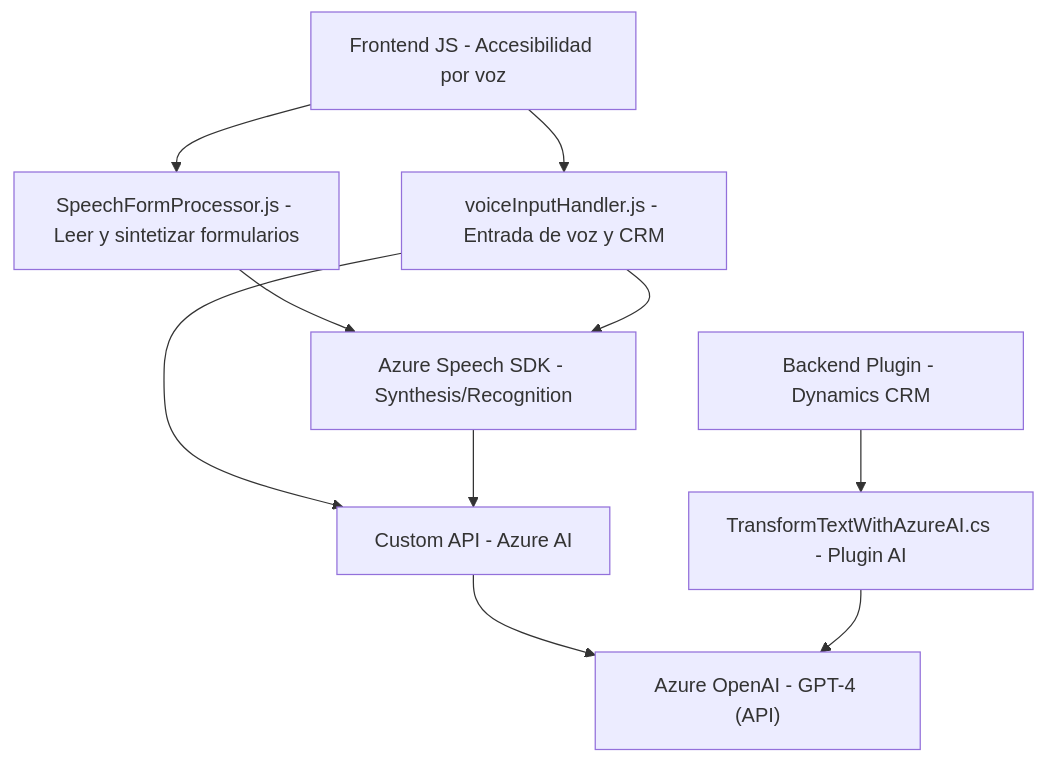
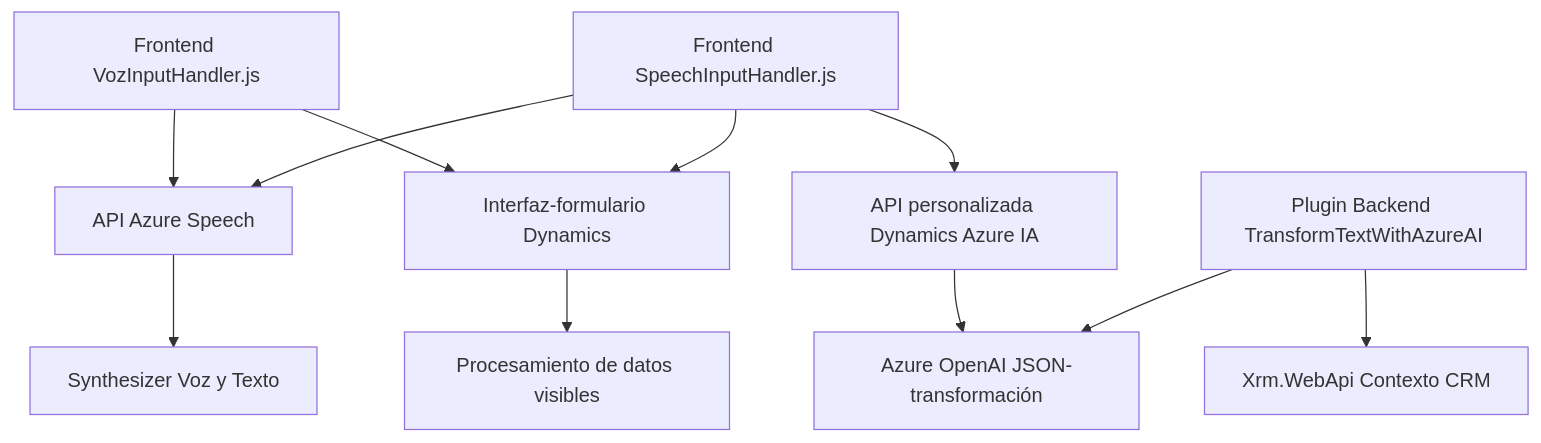
Before and after one commit to blopezdm/NETCORE_BILBAO2025: the diagram in README.md, drawn with Mermaid. The commit also changed other lines of this file, not shown here.

````diff
--- a/README.md
+++ b/README.md
@@ -39,18 +49,15 @@
 ```mermaid
 graph TD
-    A["Frontend JS - Accesibilidad por voz"]
-    A1["SpeechFormProcessor.js - Leer y sintetizar formularios"]
-    A2["voiceInputHandler.js - Entrada de voz y CRM"]
-    B["Azure Speech SDK - Synthesis/Recognition"]
-    C["Custom API - Azure AI"]
-    D["Backend Plugin - Dynamics CRM"]
-    D1["TransformTextWithAzureAI.cs - Plugin AI"]
-    E["Azure OpenAI - GPT-4 (API)"]
-    
-    A --> A1 --> B
-    A --> A2 --> B
-    A2 --> C
-    B --> C
-    C --> E
-    D --> D1 --> E
+  A["Frontend VozInputHandler.js"] --> B["API Azure Speech"]
+  A --> C["Interfaz-formulario Dynamics"]
+  B --> D["Synthesizer Voz y Texto"]
+  C --> E["Procesamiento de datos visibles"]
+  
+  F["Frontend SpeechInputHandler.js"] --> B
+  F --> G["API personalizada Dynamics Azure IA"]
+  G --> H["Azure OpenAI JSON-transformación"]
+  F --> C
+
+  I["Plugin Backend TransformTextWithAzureAI"] --> H
+  I --> J["Xrm.WebApi Contexto CRM"]
 ```
````
